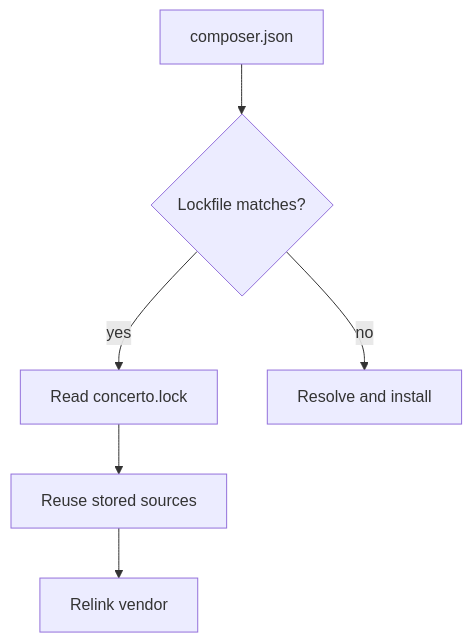
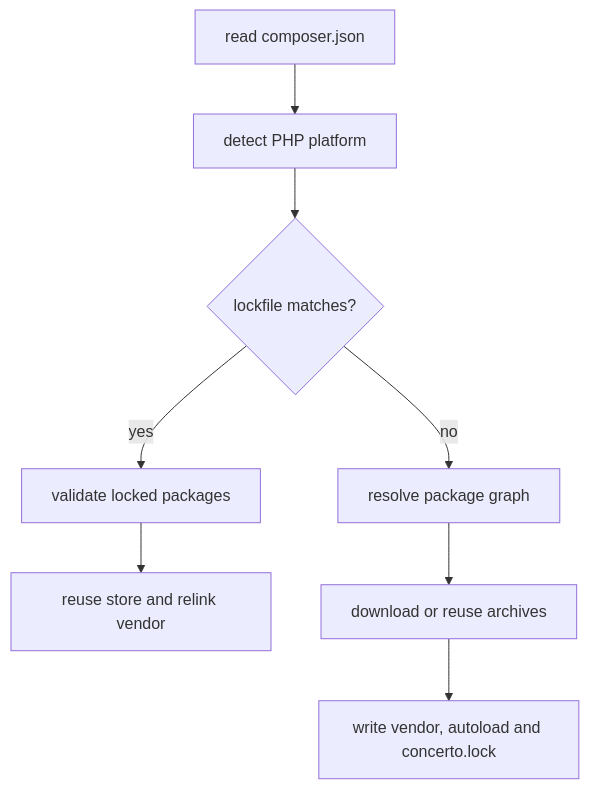
The second of 2 diagrams in README.md (TheLifus/concerto), drawn with Mermaid before and after one commit. The commit also changed other lines of this file and 1 other file, not shown here.

````diff
--- a/README.md
+++ b/README.md
@@ -89,8 +84,10 @@
 ```mermaid
 flowchart TD
-    A["composer.json"] --> B{"Lockfile matches?"}
-    B -- yes --> C["Read concerto.lock"]
-    C --> D["Reuse stored sources"]
-    D --> E["Relink vendor"]
-    B -- no --> F["Resolve and install"]
+    root["read composer.json"] --> platform["detect PHP platform"]
+    platform --> lock{"lockfile matches?"}
+    lock -- yes --> locked["validate locked packages"]
+    locked --> relink["reuse store and relink vendor"]
+    lock -- no --> resolve["resolve package graph"]
+    resolve --> prepare["download or reuse archives"]
+    prepare --> write["write vendor, autoload and concerto.lock"]
 ```
````
